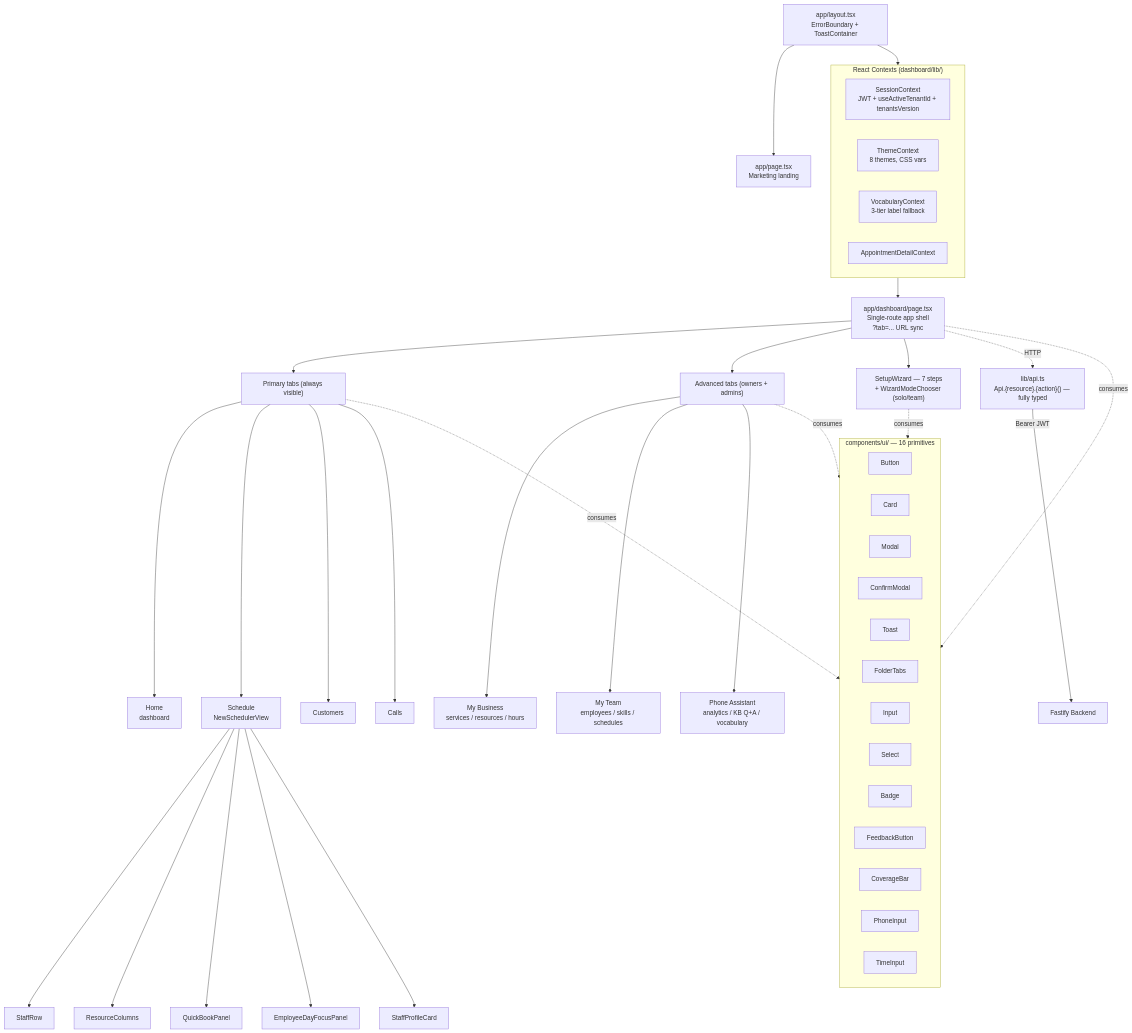
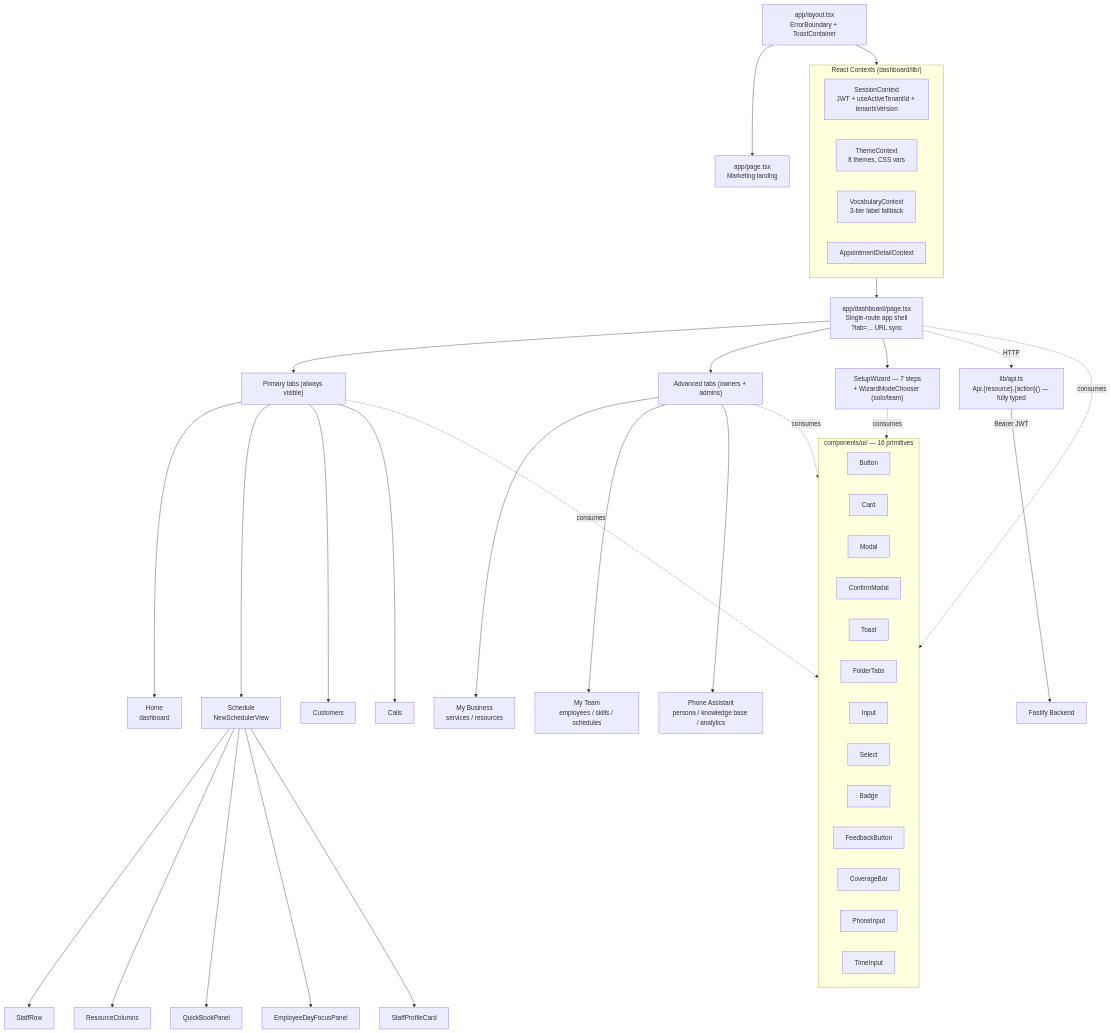
The diagram in docs/diagrams/10-dashboard-component-hierarchy.mmd (ddemott/ai-sec), drawn with Mermaid before and after one commit. The commit also changed 12 other files, not shown here.

```diff
--- a/docs/diagrams/10-dashboard-component-hierarchy.mmd
+++ b/docs/diagrams/10-dashboard-component-hierarchy.mmd
@@ -1,59 +1,59 @@
 flowchart TB
   Layout["app/layout.tsx<br/>ErrorBoundary + ToastContainer"]
 
   subgraph Contexts["React Contexts (dashboard/lib/)"]
     direction LR
     Session["SessionContext<br/>JWT + useActiveTenantId + tenantsVersion"]
     Theme["ThemeContext<br/>8 themes, CSS vars"]
     Vocab["VocabularyContext<br/>3-tier label fallback"]
     ApptDetail["AppointmentDetailContext"]
   end
 
   Layout --> Contexts
   Layout --> Landing["app/page.tsx<br/>Marketing landing"]
   Contexts --> Shell["app/dashboard/page.tsx<br/>Single-route app shell<br/>?tab=... URL sync"]
 
   Shell --> Primary["Primary tabs (always visible)"]
   Shell --> Advanced["Advanced tabs (owners + admins)"]
   Shell --> Wizard["SetupWizard — 7 steps<br/>+ WizardModeChooser (solo/team)"]
 
   Primary --> Home["Home<br/>dashboard"]
   Primary --> Schedule["Schedule<br/>NewSchedulerView"]
   Primary --> CRMView["Customers"]
   Primary --> Calls["Calls"]
 
   Schedule --> StaffRow["StaffRow"]
   Schedule --> ResCol["ResourceColumns"]
   Schedule --> QuickBook["QuickBookPanel"]
   Schedule --> DayFocus["EmployeeDayFocusPanel"]
   Schedule --> Profile["StaffProfileCard"]
 
-  Advanced --> MyBiz["My Business<br/>services / resources / hours"]
+  Advanced --> MyBiz["My Business<br/>services / resources"]
   Advanced --> MyTeam["My Team<br/>employees / skills / schedules"]
-  Advanced --> AIInsights["Phone Assistant<br/>analytics / KB Q+A / vocabulary"]
+  Advanced --> AIInsights["Phone Assistant<br/>persona / knowledge base / analytics"]
 
   subgraph UI["components/ui/ — 16 primitives"]
     direction LR
     Button
     Card
     Modal
     ConfirmModal
     Toast
     FolderTabs
     Input
     Select
     Badge
     Feedback[FeedbackButton]
     Coverage[CoverageBar]
     Phone[PhoneInput]
     TimeInput
   end
 
   Shell -.consumes.-> UI
   Primary -.consumes.-> UI
   Advanced -.consumes.-> UI
   Wizard -.consumes.-> UI
 
   API["lib/api.ts<br/>Api.{resource}.{action}() — fully typed"]
   Shell -.HTTP.-> API
   API -->|Bearer JWT| Fastify["Fastify Backend"]
```
